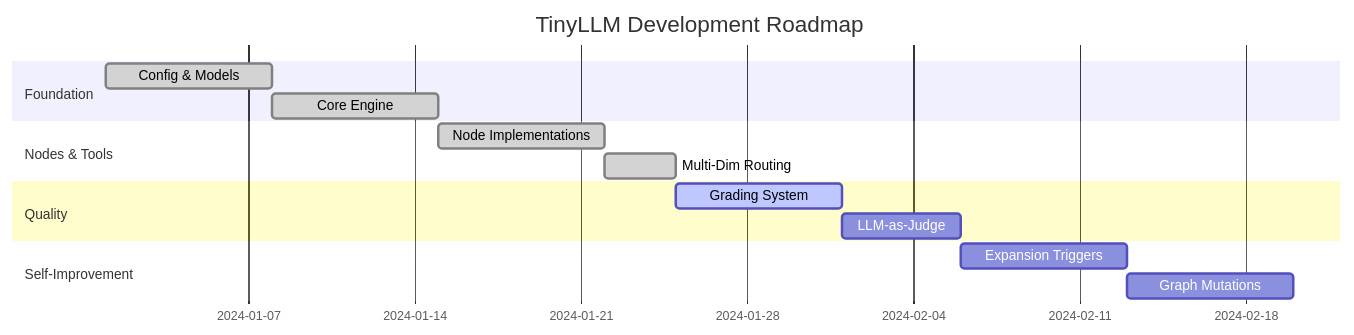
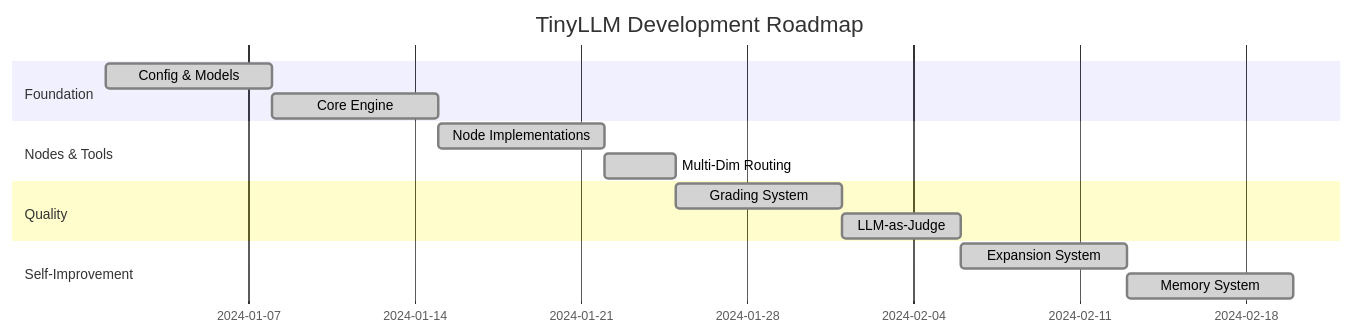
Before and after one commit to ndjstn/tinyllm: the sixth of 6 diagrams in README.md, drawn with Mermaid. The commit also changed other lines of this file and 25 other files, not shown here.

````diff
--- a/README.md
+++ b/README.md
@@ -350,21 +350,21 @@
 ```mermaid
 gantt
     title TinyLLM Development Roadmap
     dateFormat YYYY-MM-DD
 
     section Foundation
     Config & Models       :done, p0, 2024-01-01, 7d
     Core Engine          :done, p1, after p0, 7d
 
     section Nodes & Tools
     Node Implementations :done, p2, after p1, 7d
     Multi-Dim Routing    :done, p3, after p2, 3d
 
     section Quality
-    Grading System       :active, p4, after p3, 7d
-    LLM-as-Judge        :p5, after p4, 5d
+    Grading System       :done, p4, after p3, 7d
+    LLM-as-Judge        :done, p5, after p4, 5d
 
     section Self-Improvement
-    Expansion Triggers   :p6, after p5, 7d
-    Graph Mutations      :p7, after p6, 7d
+    Expansion System     :done, p6, after p5, 7d
+    Memory System        :done, p7, after p6, 7d
 ```
````
